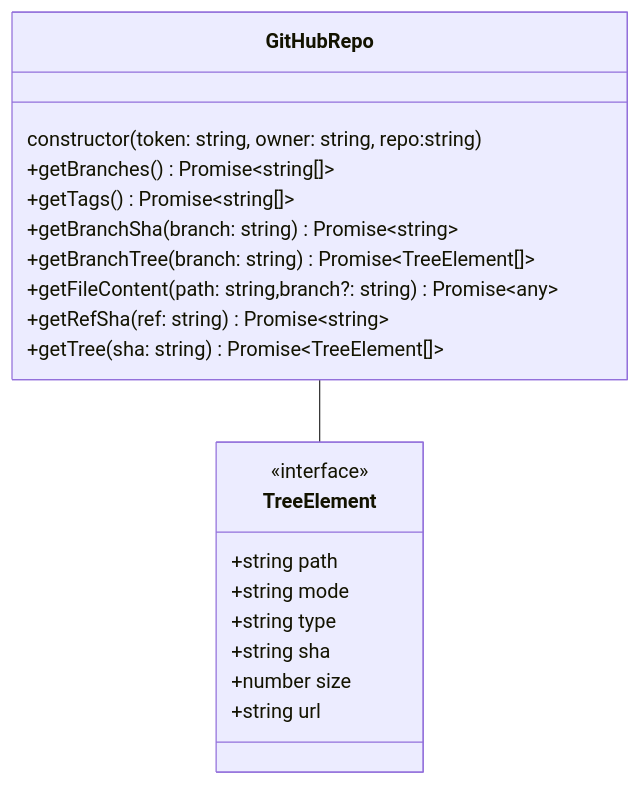
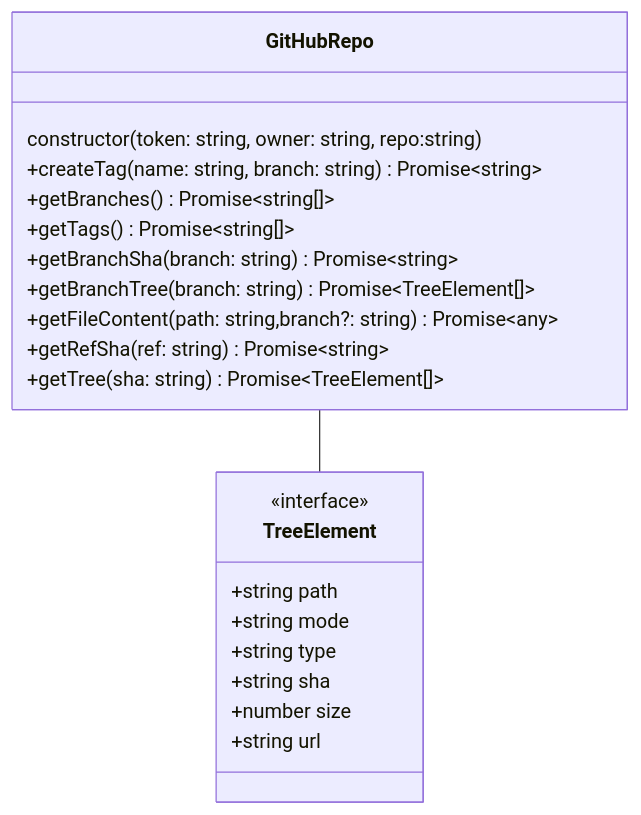
The diagram in docs/md/GitHubRepo.md (tomsdoo/github-repo), drawn with Mermaid before and after one commit. The commit also changed other lines of this file and 10 other files, not shown here.

First line of the commit message:
createTag() is added (#17)

````diff
--- a/docs/md/GitHubRepo.md
+++ b/docs/md/GitHubRepo.md
@@ -17,26 +18,27 @@
 ``` mermaid
 classDiagram
 
 class GitHubRepo {
   constructor(token: string, owner: string, repo:string)
+  +createTag(name: string, branch: string) Promise~string~
   +getBranches() Promise~string[]~
   +getTags() Promise~string[]~
   +getBranchSha(branch: string) Promise~string~
   +getBranchTree(branch: string) Promise~TreeElement[]~
   +getFileContent(path: string,branch?: string) Promise~any~
   +getRefSha(ref: string) Promise~string~
   +getTree(sha: string) Promise~TreeElement[]~
 }
 
 class TreeElement {
   <<interface>>
   +string path
   +string mode
   +string type
   +string sha
   +number size
   +string url
 }
 
 GitHubRepo -- TreeElement
 ```
````
